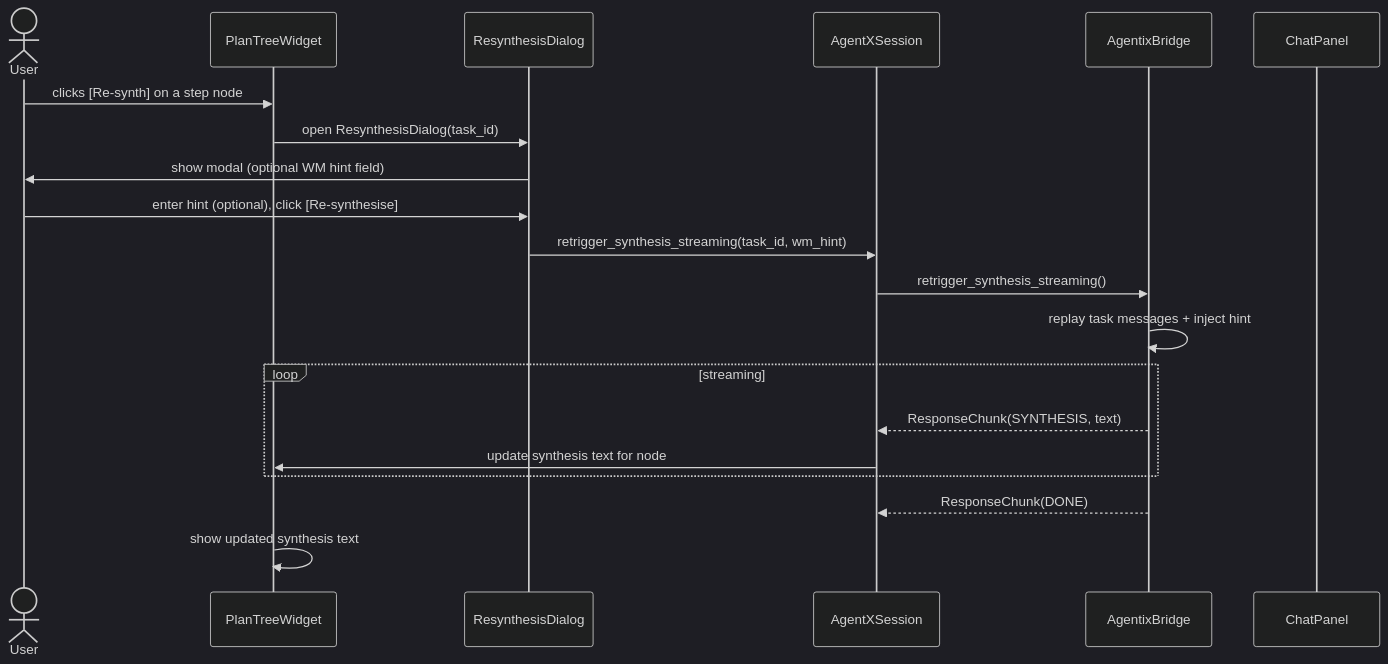
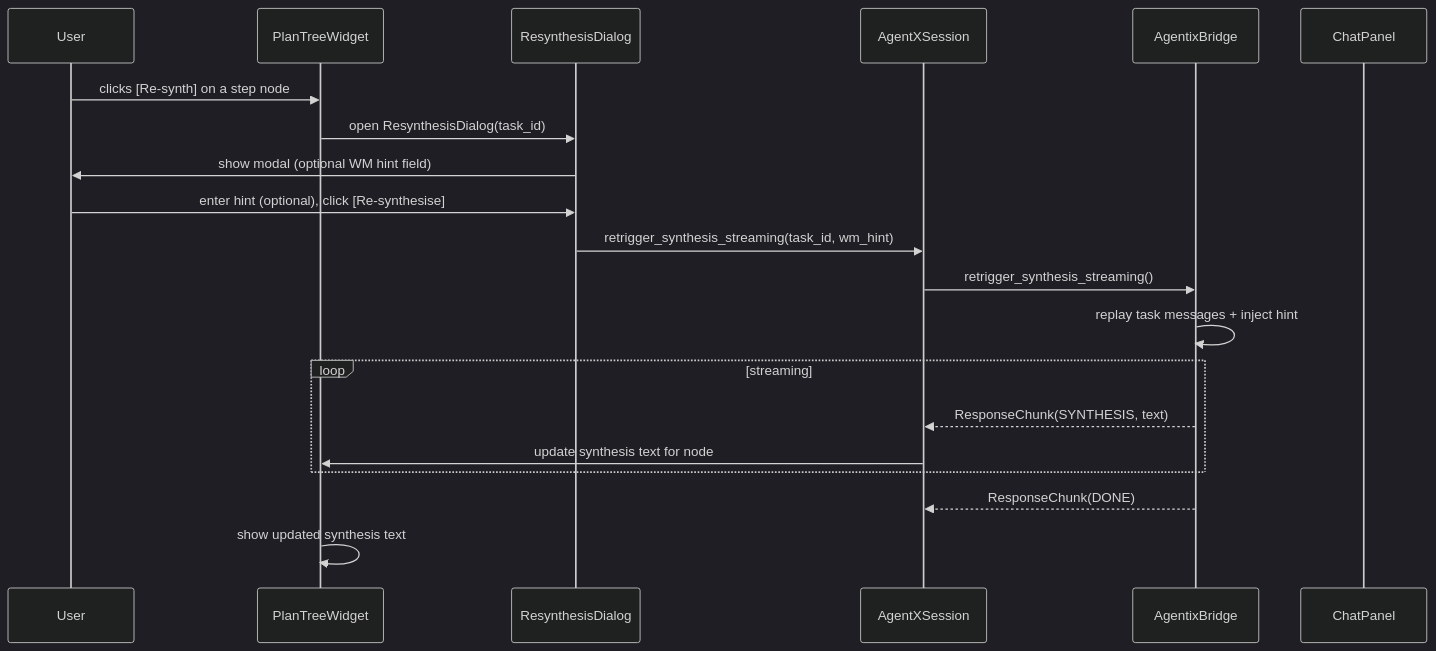
One commit to matthewapeters/agentX changed the fourth of 10 diagrams in docs/ux/02_USER_FLOWS.md. Above: the diagram before and after it, drawn with Mermaid (dark theme). The commit also changed other lines of this file and 2 other files, not shown here.

First line of the commit message:
docs(ux): fix Mermaid rendering in user flows — replace actor with participant

````diff
--- a/docs/ux/02_USER_FLOWS.md
+++ b/docs/ux/02_USER_FLOWS.md
@@ -139,23 +139,23 @@
 ```mermaid
 sequenceDiagram
-    actor User
+    participant User
     participant Tree as PlanTreeWidget
     participant Dialog as ResynthesisDialog
     participant Session as AgentXSession
     participant Bridge as AgentixBridge
     participant Chat as ChatPanel
 
     User->>Tree: clicks [Re-synth] on a step node
     Tree->>Dialog: open ResynthesisDialog(task_id)
     Dialog->>User: show modal (optional WM hint field)
     User->>Dialog: enter hint (optional), click [Re-synthesise]
     Dialog->>Session: retrigger_synthesis_streaming(task_id, wm_hint)
     Session->>Bridge: retrigger_synthesis_streaming()
     Bridge->>Bridge: replay task messages + inject hint
     loop streaming
         Bridge-->>Session: ResponseChunk(SYNTHESIS, text)
         Session->>Tree: update synthesis text for node
     end
     Bridge-->>Session: ResponseChunk(DONE)
     Tree->>Tree: show updated synthesis text
 ```
````
